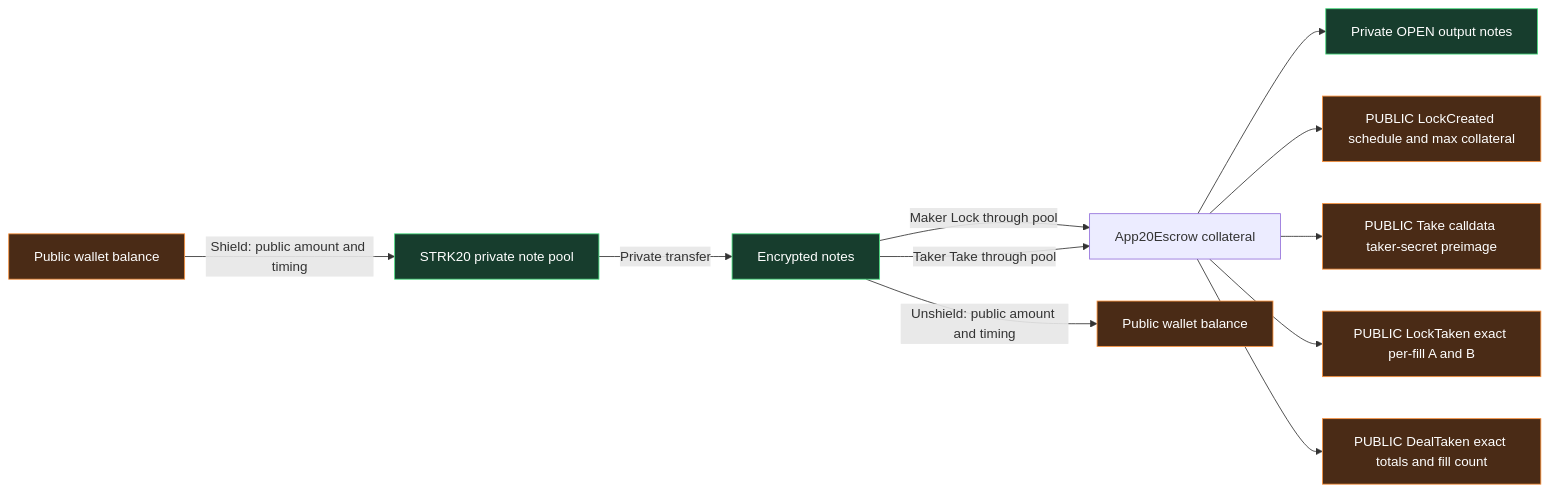
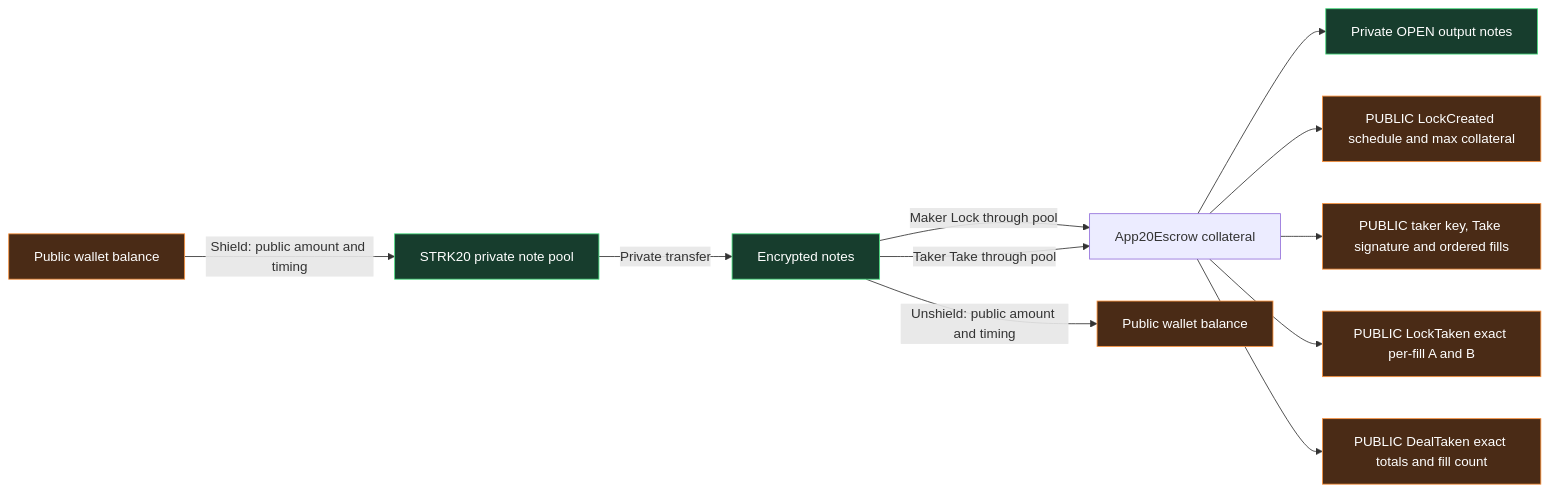
The second of 10 diagrams in docs/APP20_PROCESS_DIAGRAMS.md (gstohl/app20), drawn with Mermaid before and after one commit. The commit also changed other lines of this file and 48 other files, not shown here.

````diff
--- a/docs/APP20_PROCESS_DIAGRAMS.md
+++ b/docs/APP20_PROCESS_DIAGRAMS.md
@@ -38,19 +38,19 @@
 ```mermaid
 flowchart LR
     A[Public wallet balance] -->|Shield: public amount and timing| P[STRK20 private note pool]
     P -->|Private transfer| Q[Encrypted notes]
     Q -->|Maker Lock through pool| L[App20Escrow collateral]
     Q -->|Taker Take through pool| L
     L --> O[Private OPEN output notes]
     Q -->|Unshield: public amount and timing| B[Public wallet balance]
 
     L --> C[PUBLIC LockCreated schedule and max collateral]
-    L --> S[PUBLIC Take calldata taker-secret preimage]
+    L --> S[PUBLIC taker key, Take signature and ordered fills]
     L --> F[PUBLIC LockTaken exact per-fill A and B]
     L --> D[PUBLIC DealTaken exact totals and fill count]
 
     classDef private fill:#173d2d,stroke:#4ade80,color:#ffffff;
     classDef public fill:#4a2b16,stroke:#fb923c,color:#ffffff;
     class P,Q,O private;
     class A,B,C,S,F,D public;
 ```
````
